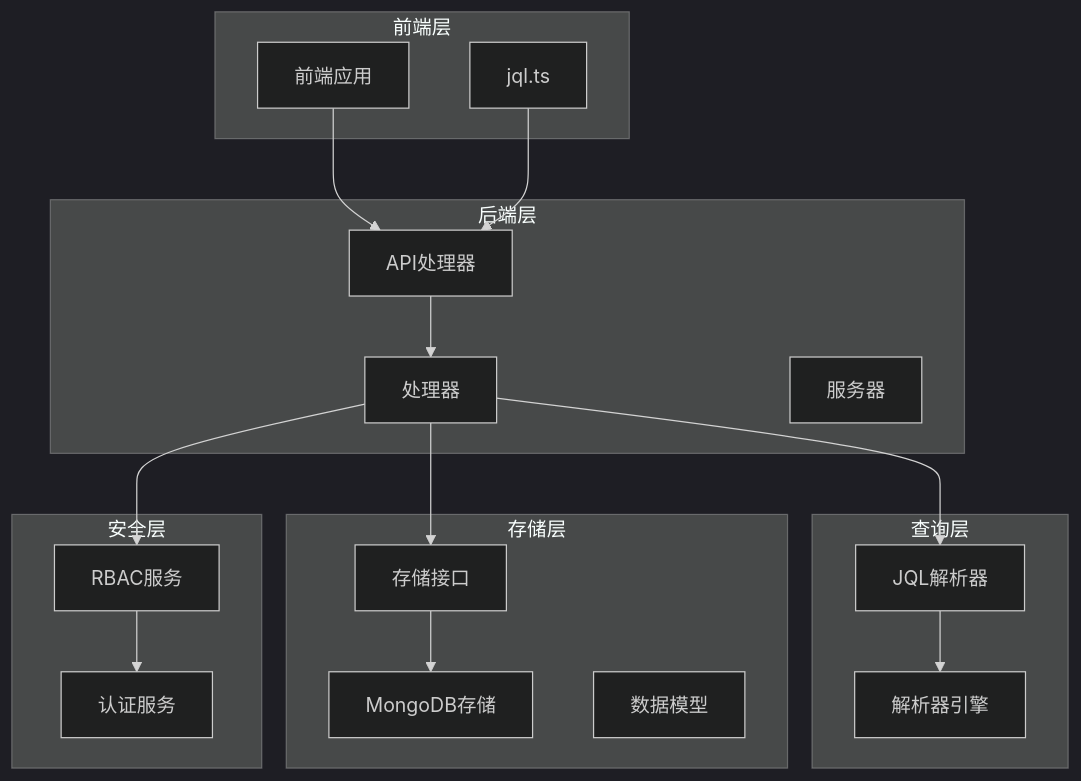
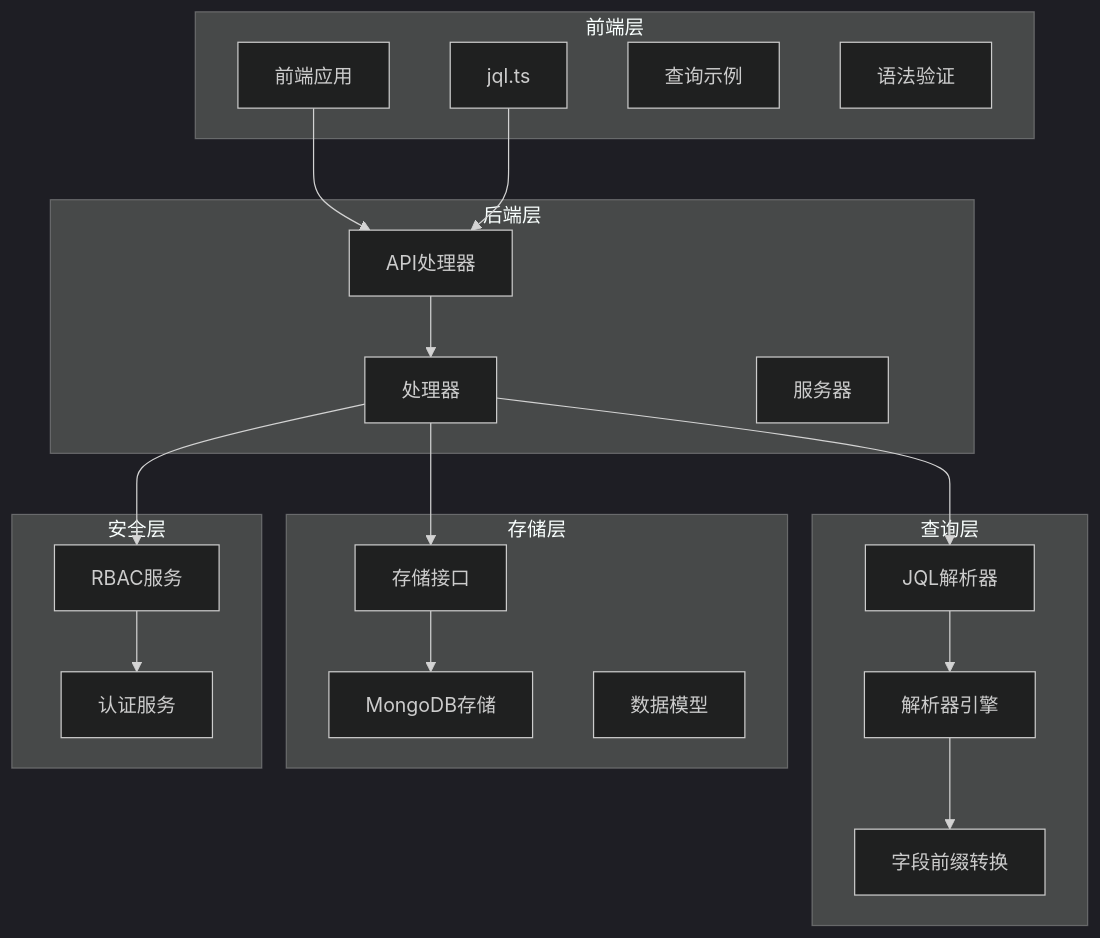
Before and after one commit to mcliangload/datacenter: the first of 4 diagrams in .qoder/repowiki/zh/content/JQL查询系统/JQL查询系统.md, drawn with Mermaid (dark theme). The commit also changed other lines of this file and 6 other files, not shown here.

````diff
--- a/.qoder/repowiki/zh/content/JQL查询系统/JQL查询系统.md
+++ b/.qoder/repowiki/zh/content/JQL查询系统/JQL查询系统.md
@@ -45,34 +65,38 @@
 ```mermaid
 graph TB
 subgraph "前端层"
 FE[前端应用]
 JQLTS[jql.ts]
+EXAMPLES[查询示例]
+VALIDATOR[语法验证]
 end
 subgraph "后端层"
 API[API处理器]
 HANDLERS[处理器]
 SERVER[服务器]
 end
 subgraph "查询层"
 JQL[JQL解析器]
 PARSER[解析器引擎]
+PREFIX[字段前缀转换]
 end
 subgraph "存储层"
 STORAGE[存储接口]
 MONGO[MongoDB存储]
 MODELS[数据模型]
 end
 subgraph "安全层"
 RBAC[RBAC服务]
 AUTH[认证服务]
 end
 FE --> API
 JQLTS --> API
 API --> HANDLERS
 HANDLERS --> JQL
 JQL --> PARSER
+PARSER --> PREFIX
 HANDLERS --> STORAGE
 STORAGE --> MONGO
 HANDLERS --> RBAC
 RBAC --> AUTH
 ```
````
